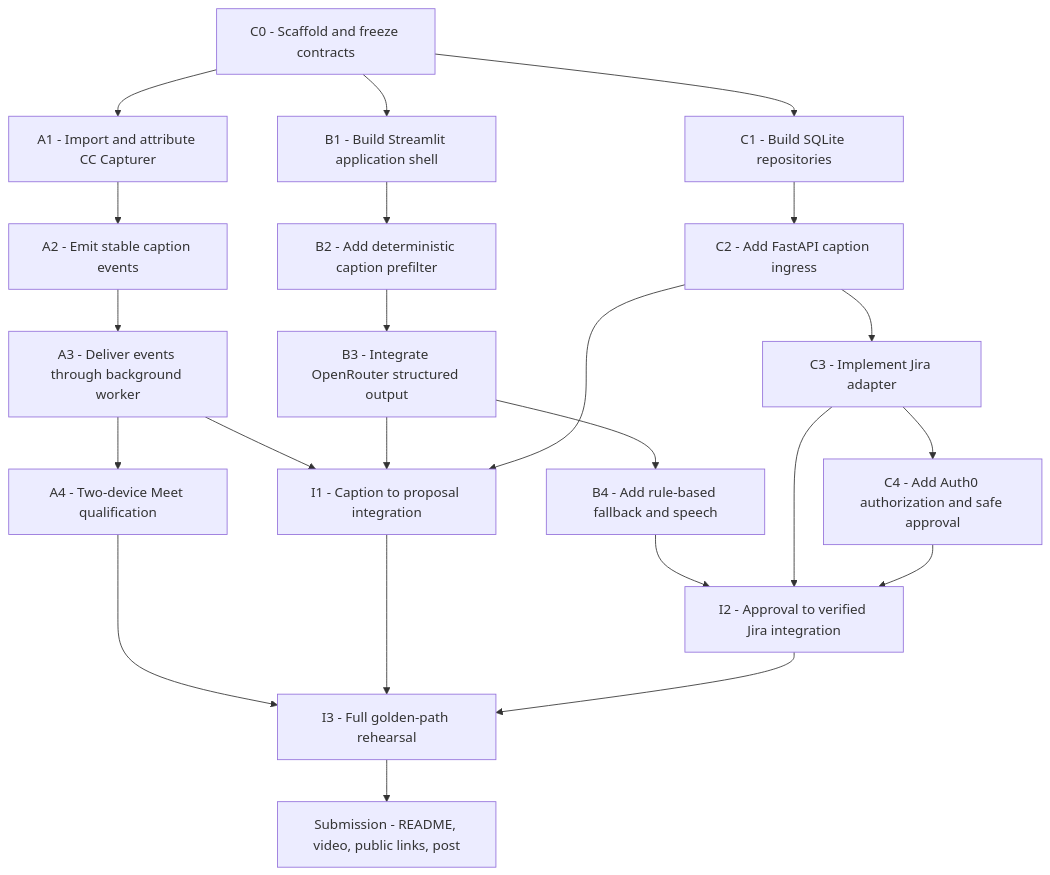
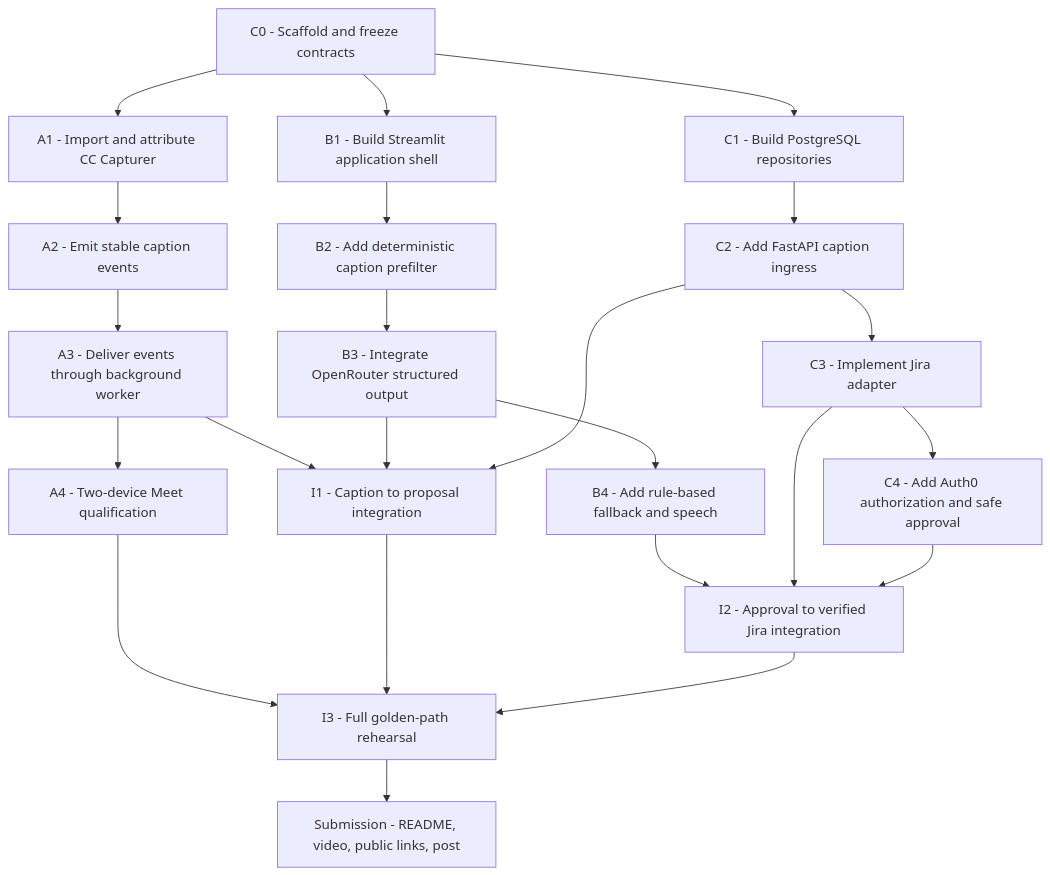
One commit to jayakrishna777/StandupPilot changed the diagram in docs/specs/standup-pilot-parallel-implementation-plan.md. Above: the diagram before and after it, drawn with Mermaid. The commit also changed other lines of this file and 7 other files, not shown here.

````diff
--- a/docs/specs/standup-pilot-parallel-implementation-plan.md
+++ b/docs/specs/standup-pilot-parallel-implementation-plan.md
@@ -24,41 +24,41 @@
 ```mermaid
 flowchart TD
     C0["C0 - Scaffold and freeze contracts"]
 
     A1["A1 - Import and attribute CC Capturer"]
     A2["A2 - Emit stable caption events"]
     A3["A3 - Deliver events through background worker"]
     A4["A4 - Two-device Meet qualification"]
 
     B1["B1 - Build Streamlit application shell"]
     B2["B2 - Add deterministic caption prefilter"]
     B3["B3 - Integrate OpenRouter structured output"]
     B4["B4 - Add rule-based fallback and speech"]
 
-    C1["C1 - Build SQLite repositories"]
+    C1["C1 - Build PostgreSQL repositories"]
     C2["C2 - Add FastAPI caption ingress"]
     C3["C3 - Implement Jira adapter"]
     C4["C4 - Add Auth0 authorization and safe approval"]
 
     I1["I1 - Caption to proposal integration"]
     I2["I2 - Approval to verified Jira integration"]
     I3["I3 - Full golden-path rehearsal"]
     S["Submission - README, video, public links, post"]
 
     C0 --> A1 --> A2 --> A3 --> A4
     C0 --> B1 --> B2 --> B3 --> B4
     C0 --> C1 --> C2 --> C3 --> C4
 
     A3 --> I1
     B3 --> I1
     C2 --> I1
 
     B4 --> I2
     C3 --> I2
     C4 --> I2
 
     A4 --> I3
     I1 --> I3
     I2 --> I3
     I3 --> S
 ```
````
